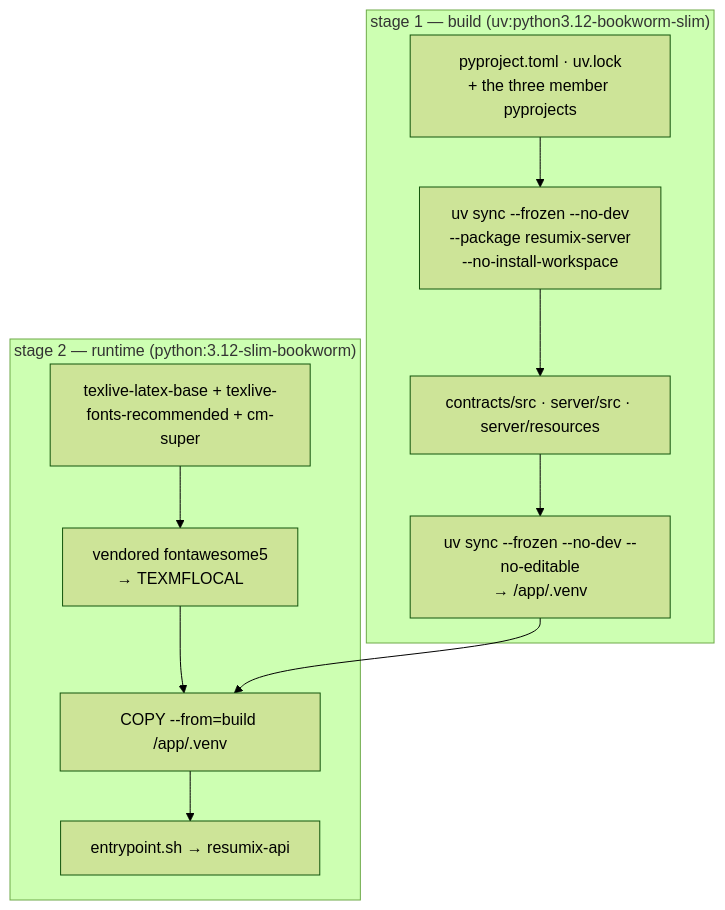
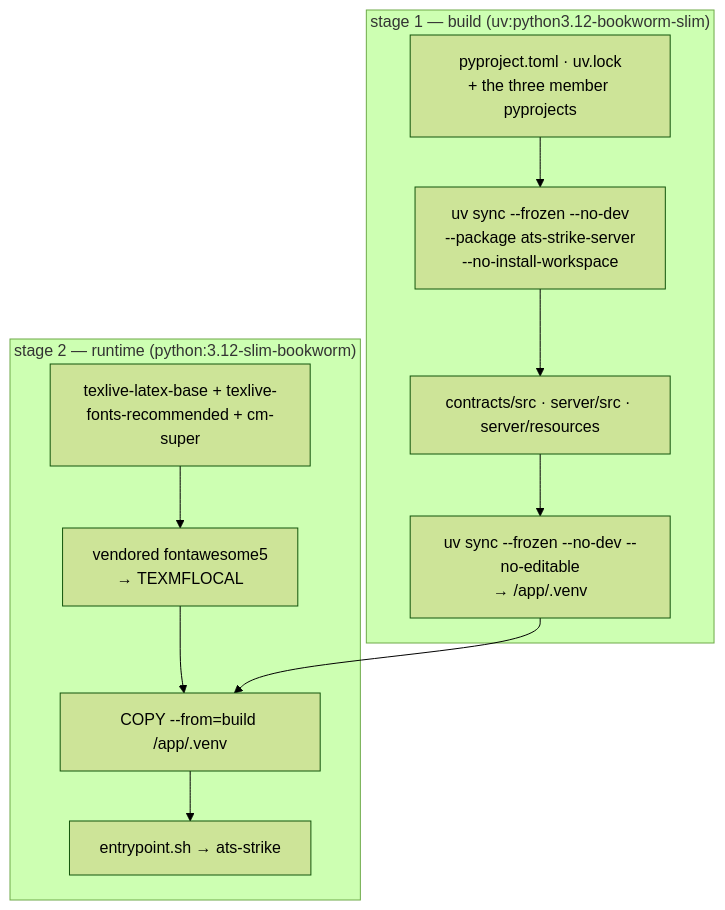
Before and after one commit to gcontini/ats-strike: the diagram in doc/build-server.md, drawn with Mermaid (forest theme). The commit also changed other lines of this file and 229 other files, not shown here.

````diff
--- a/doc/build-server.md
+++ b/doc/build-server.md
@@ -21,14 +21,14 @@
 ```mermaid
 flowchart TB
     subgraph s1["stage 1 — build (uv:python3.12-bookworm-slim)"]
-        L1["pyproject.toml · uv.lock<br/>+ the three member pyprojects"] --> L2["uv sync --frozen --no-dev<br/>--package resumix-server<br/>--no-install-workspace"]
+        L1["pyproject.toml · uv.lock<br/>+ the three member pyprojects"] --> L2["uv sync --frozen --no-dev<br/>--package ats-strike-server<br/>--no-install-workspace"]
         L2 --> L3["contracts/src · server/src · server/resources"]
         L3 --> L4["uv sync --frozen --no-dev --no-editable<br/>→ /app/.venv"]
     end
     subgraph s2["stage 2 — runtime (python:3.12-slim-bookworm)"]
         R1["texlive-latex-base + texlive-fonts-recommended + cm-super"] --> R2["vendored fontawesome5<br/>→ TEXMFLOCAL"]
         R2 --> R3["COPY --from=build /app/.venv"]
-        R3 --> R4["entrypoint.sh → resumix-api"]
+        R3 --> R4["entrypoint.sh → ats-strike"]
     end
     L4 --> R3
 ```
````
